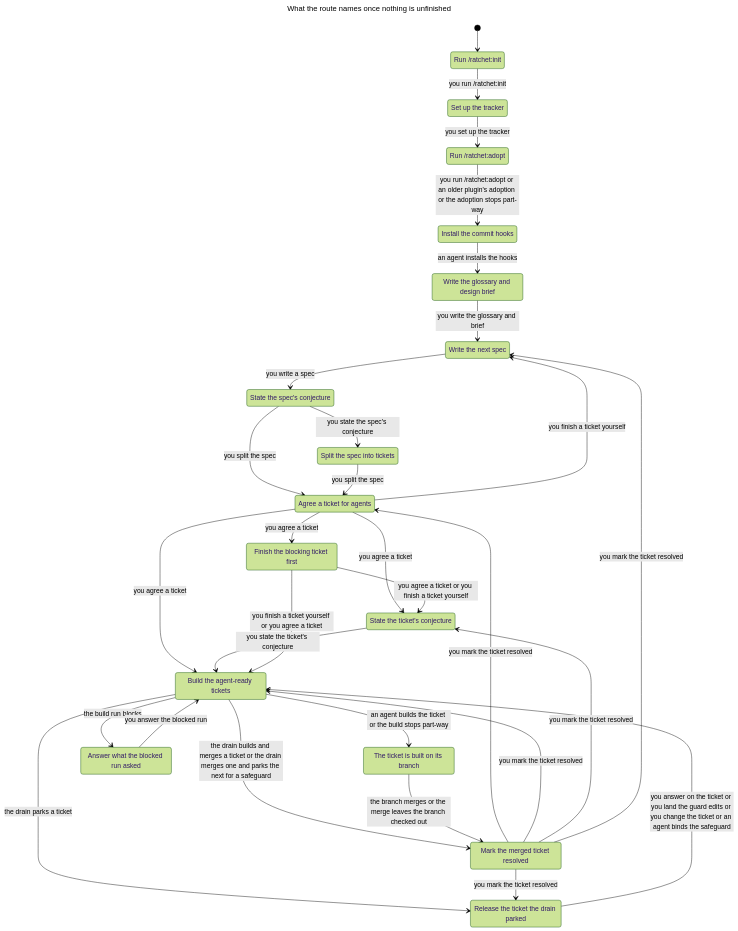
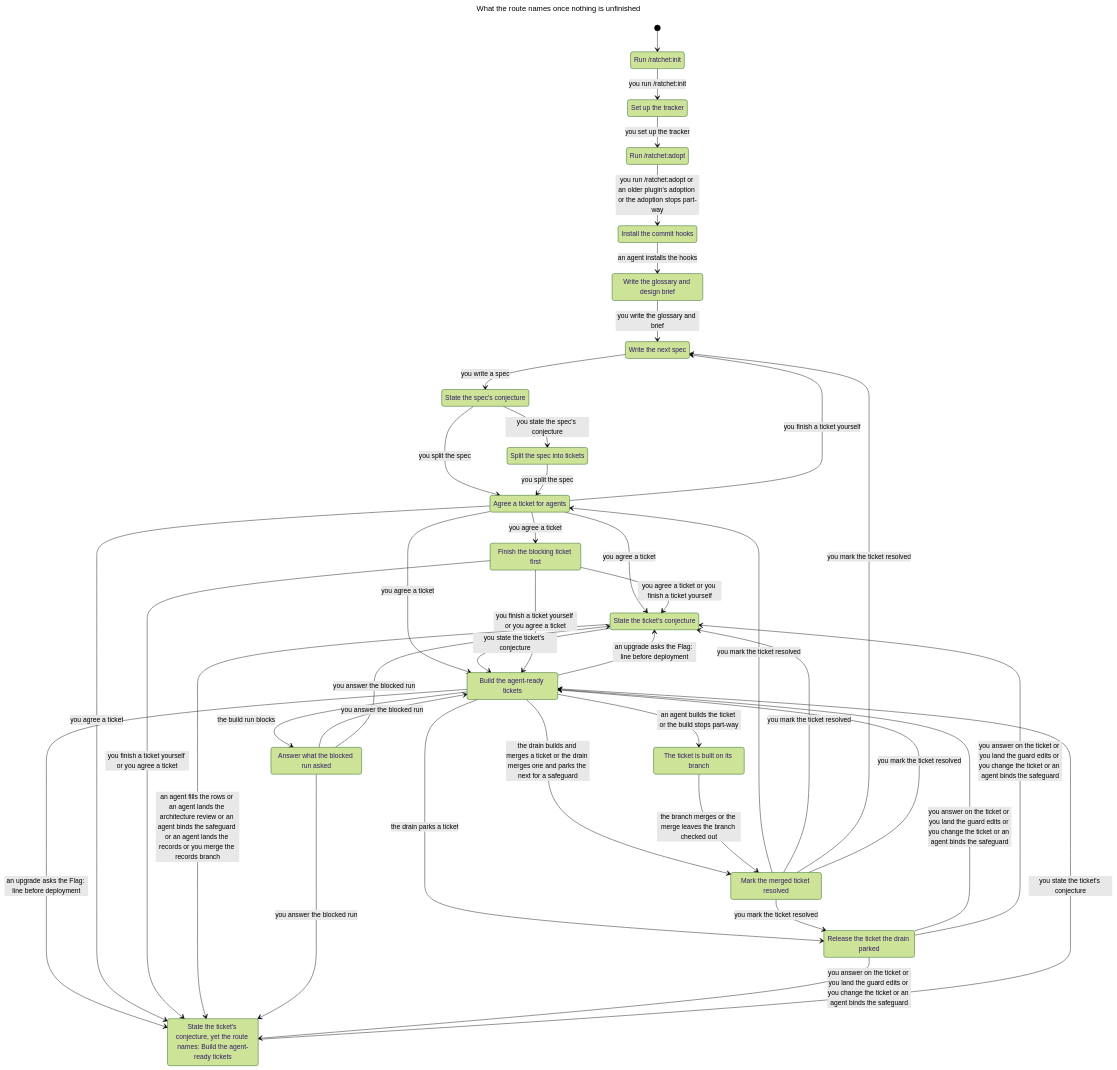
The first of 5 diagrams in docs/model/route.md (Simon-GitHub-Code/ratchet), drawn with Mermaid (forest theme) before and after one commit. The commit also changed other lines of this file and 5 other files, not shown here.

First line of the commit message:
test(route): the model asks the Flag: line before deployment

````diff
--- a/docs/model/route.md
+++ b/docs/model/route.md
@@ -191,51 +217,62 @@
 ```mermaid
 ---
 title: "What the route names once nothing is unfinished"
 ---
 stateDiagram-v2
   s0: Run /ratchet:init
   s1: Set up the tracker
   s2: Run /ratchet:adopt
   s3: Install the commit hooks
   s4: Write the glossary and design brief
   s5: Write the next spec
   s6: State the spec's conjecture
   s7: Split the spec into tickets
   s8: Agree a ticket for agents
   s9: State the ticket's conjecture
   s10: Finish the blocking ticket first
   s11: Build the agent-ready tickets
   s12: The ticket is built on its branch
   s13: Answer what the blocked run asked
   s14: Mark the merged ticket resolved
   s15: Release the ticket the drain parked
+  s16: State the ticket's conjecture, yet the route names: Build the agent-ready tickets
   [*] --> s0
   s0 --> s1: you run /ratchet:init
   s1 --> s2: you set up the tracker
   s2 --> s3: you run /ratchet:adopt or an older plugin's adoption or the adoption stops part-way
   s3 --> s4: an agent installs the hooks
   s4 --> s5: you write the glossary and brief
   s5 --> s6: you write a spec
   s6 --> s7: you state the spec's conjecture
   s6 --> s8: you split the spec
   s7 --> s8: you split the spec
   s8 --> s5: you finish a ticket yourself
   s8 --> s9: you agree a ticket
   s8 --> s10: you agree a ticket
   s8 --> s11: you agree a ticket
   s9 --> s11: you state the ticket's conjecture
   s10 --> s9: you agree a ticket or you finish a ticket yourself
   s10 --> s11: you finish a ticket yourself or you agree a ticket
   s11 --> s12: an agent builds the ticket or the build stops part-way
   s11 --> s13: the build run blocks
   s11 --> s14: the drain builds and merges a ticket or the drain merges one and parks the next for a safeguard
   s11 --> s15: the drain parks a ticket
+  s11 --> s16: an upgrade asks the Flag: line before deployment
+  s8 --> s16: you agree a ticket
+  s11 --> s9: an upgrade asks the Flag: line before deployment
   s12 --> s14: the branch merges or the merge leaves the branch checked out
   s13 --> s11: you answer the blocked run
   s14 --> s8: you mark the ticket resolved
-  s14 --> s11: you mark the ticket resolved
   s14 --> s9: you mark the ticket resolved
   s14 --> s5: you mark the ticket resolved
+  s14 --> s11: you mark the ticket resolved
   s15 --> s11: you answer on the ticket or you land the guard edits or you change the ticket or an agent binds the safeguard
+  s16 --> s11: you state the ticket's conjecture
+  s10 --> s16: you finish a ticket yourself or you agree a ticket
+  s9 --> s16: an agent fills the rows or an agent lands the architecture review or an agent binds the safeguard or an agent lands the records or you merge the records branch
+  s13 --> s16: you answer the blocked run
+  s15 --> s16: you answer on the ticket or you land the guard edits or you change the ticket or an agent binds the safeguard
   s14 --> s15: you mark the ticket resolved
+  s13 --> s9: you answer the blocked run
+  s15 --> s9: you answer on the ticket or you land the guard edits or you change the ticket or an agent binds the safeguard
 ```
````
